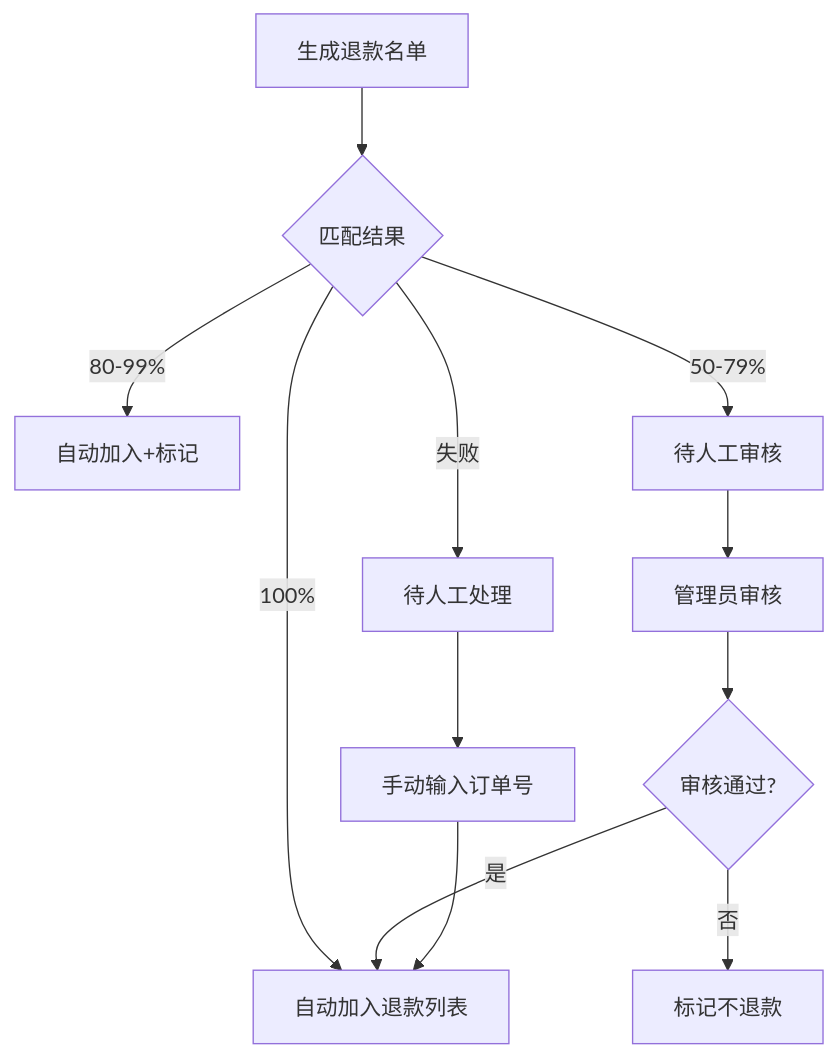
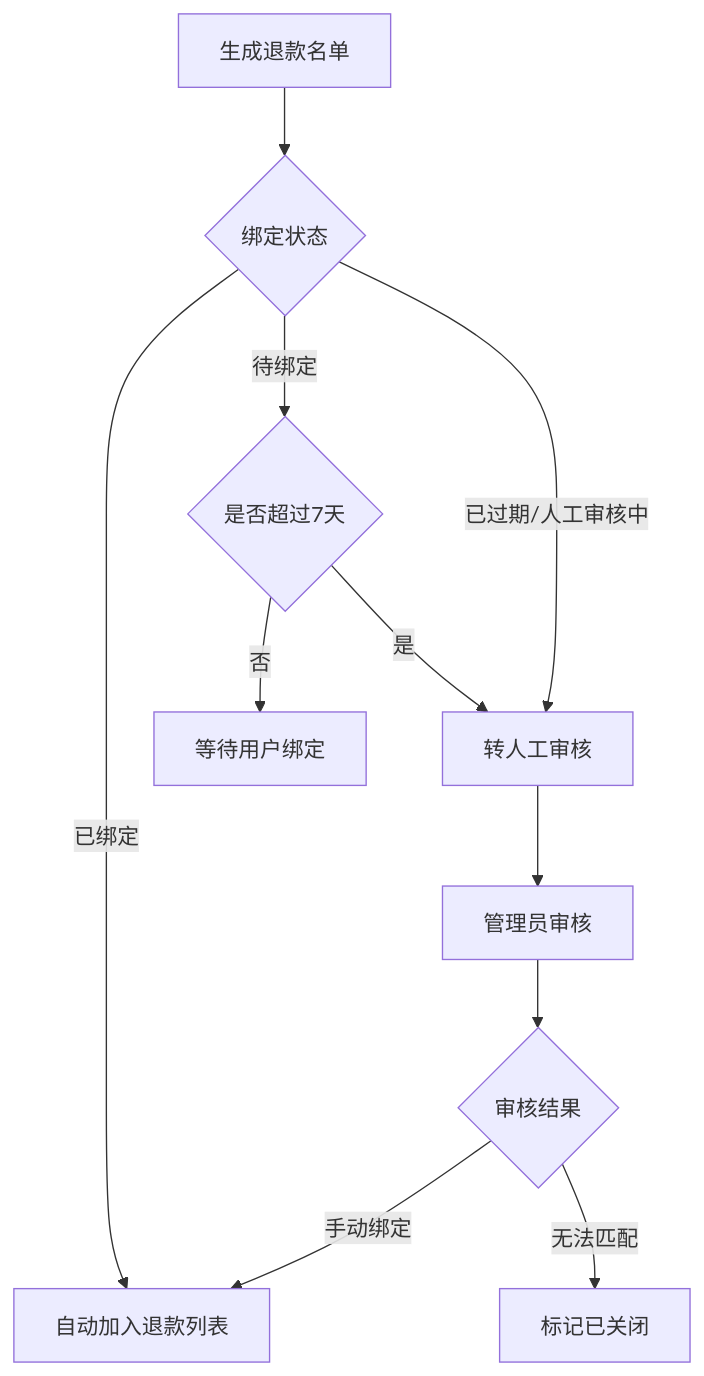
The sixth of 6 diagrams in docs/v1/diagrams/用户旅程图.md (yiancode/AutoDepositRefundAgent), drawn with Mermaid before and after one commit. The commit also changed other lines of this file and 5 other files, not shown here.

First line of the commit message:
docs(design): 同步 diagrams 与技术方案，移除智能匹配逻辑

````diff
--- a/docs/v1/diagrams/用户旅程图.md
+++ b/docs/v1/diagrams/用户旅程图.md
@@ -352,14 +359,13 @@
 ```mermaid
 flowchart TD
-    A[生成退款名单] --> B{匹配结果}
-    B -->|100%| C[自动加入退款列表]
-    B -->|80-99%| D[自动加入+标记]
-    B -->|50-79%| E[待人工审核]
-    B -->|失败| F[待人工处理]
-    E --> G[管理员审核]
-    F --> H[手动输入订单号]
-    G --> I{审核通过?}
-    I -->|是| C
-    I -->|否| J[标记不退款]
-    H --> C
+    A[生成退款名单] --> B{绑定状态}
+    B -->|已绑定| C[自动加入退款列表]
+    B -->|待绑定| D{是否超过7天}
+    D -->|否| E[等待用户绑定]
+    D -->|是| F[转人工审核]
+    B -->|已过期/人工审核中| F
+    F --> G[管理员审核]
+    G --> H{审核结果}
+    H -->|手动绑定| C
+    H -->|无法匹配| I[标记已关闭]
 ```
````
